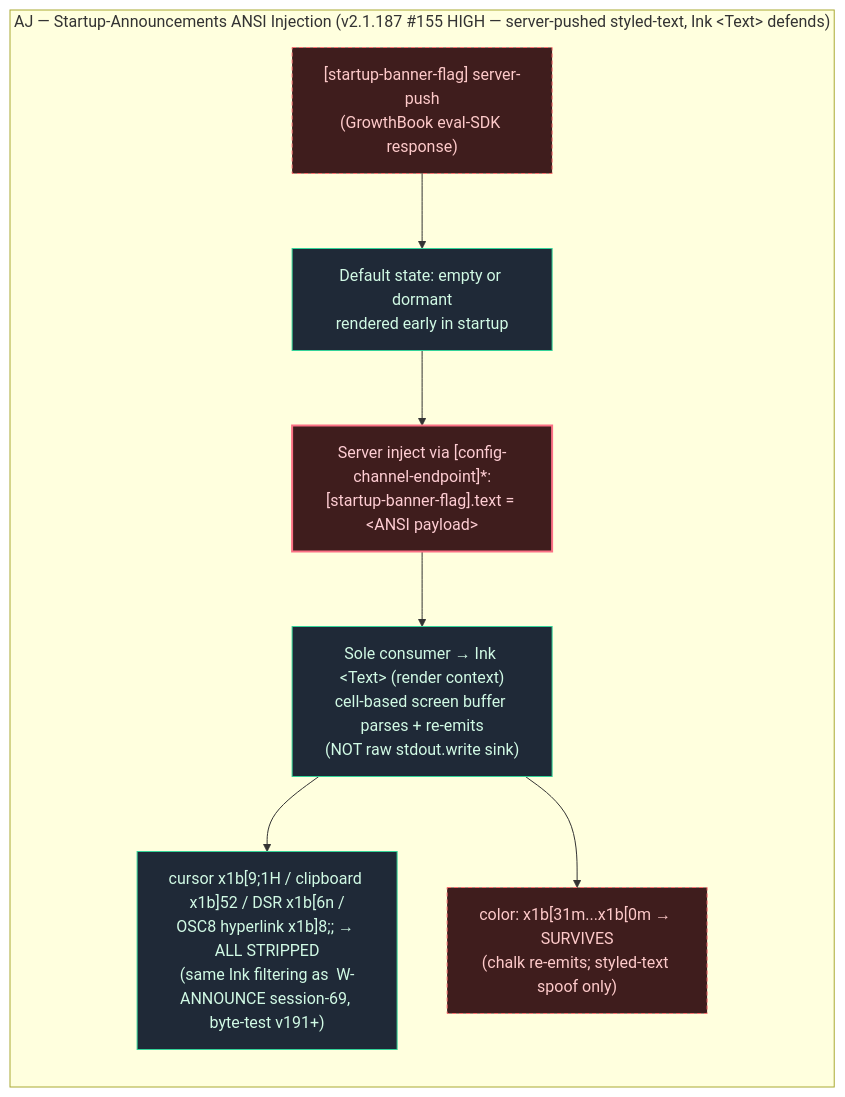
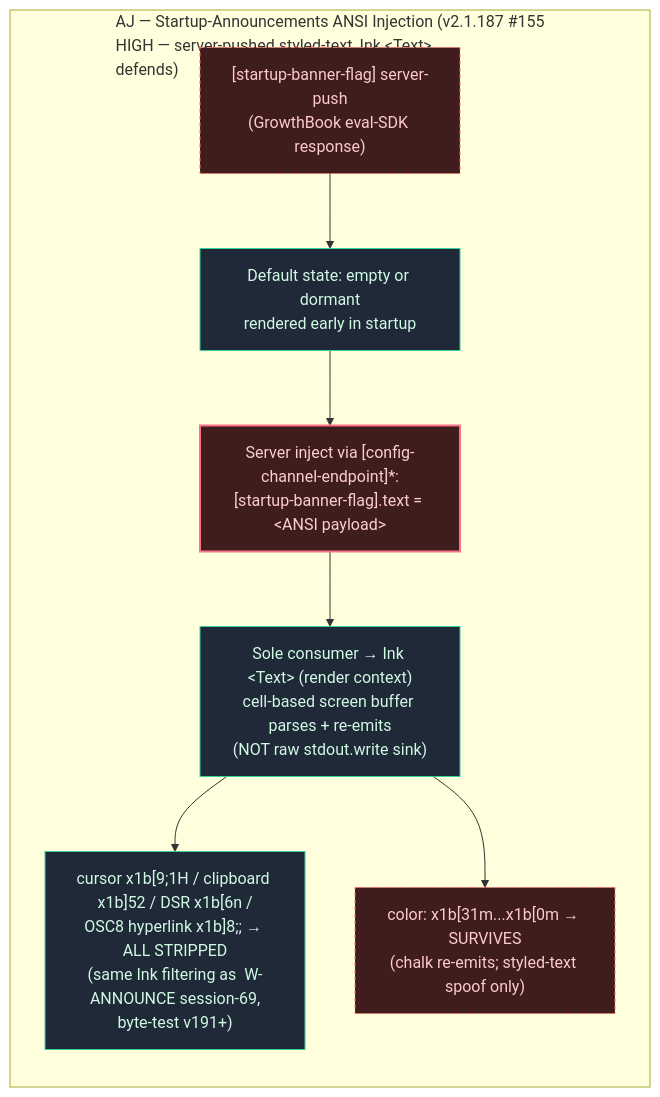
One commit to pjt222/claude-buddy-investigation changed the diagram in docs/flow/STARTUPANNOUNCE.mmd. Above: the diagram before and after it, drawn with Mermaid. The commit also changed 73 other files, not shown here.

First line of the commit message:
flow: make the cluster diagrams readable at page width

```diff
--- a/docs/flow/STARTUPANNOUNCE.mmd
+++ b/docs/flow/STARTUPANNOUNCE.mmd
@@ -1,24 +1,24 @@
 flowchart LR
     %% STARTUPANNOUNCE — AJ — Startup-Announcements ANSI Injection (v2.1.187 #155 HIGH — server-pushed styled-text, Ink &lt;Text&gt; defends)
-    subgraph STARTUPANNOUNCE["AJ — Startup-Announcements ANSI Injection (v2.1.187 #155 HIGH — server-pushed styled-text, Ink &lt;Text&gt; defends)"]
+    subgraph STARTUPANNOUNCE["AJ — Startup-Announcements ANSI Injection (v2.1.187 #155<br/>HIGH — server-pushed styled-text, Ink &lt;Text&gt;<br/>defends)"]
         direction TB
         sa_gate["[startup-banner-flag] server-push<br/>(GrowthBook eval-SDK response)"]:::gap
         sa_default["Default state: empty or dormant<br/>rendered early in startup"]:::baseline
         sa_inject["Server inject via [config-channel-endpoint]*:<br/>[startup-banner-flag].text = &lt;ANSI payload&gt;"]:::risk
         sa_render["Sole consumer → Ink &lt;Text&gt; (render context)<br/>cell-based screen buffer parses + re-emits<br/>(NOT raw stdout.write sink)"]:::baseline
-        sa_stripped["cursor x1b[9;1H / clipboard x1b]52 / DSR x1b[6n /<br/>OSC8 hyperlink x1b]8;; → ALL STRIPPED<br/>(same Ink filtering as #127; W-ANNOUNCE session-69, byte-test v191+)"]:::baseline
+        sa_stripped["cursor x1b[9;1H / clipboard x1b]52 / DSR x1b[6n /<br/>OSC8 hyperlink x1b]8;; → ALL STRIPPED<br/>(same Ink filtering as #127; W-ANNOUNCE session-69,<br/>byte-test v191+)"]:::baseline
         sa_color["color: x1b[31m...x1b[0m → SURVIVES<br/>(chalk re-emits; styled-text spoof only)"]:::gap
     end
 
     sa_gate --> sa_default
     sa_default --> sa_inject
     sa_inject --> sa_render
     sa_render --> sa_stripped
     sa_render --> sa_color
 
     classDef core fill:#1f2937,stroke:#60a5fa,color:#f8fafc,stroke-width:1px
     classDef gap fill:#3f1d1d,stroke:#f87171,color:#fecaca,stroke-dasharray: 4 3,stroke-width:1px
     classDef removed fill:#1a1a1a,stroke:#6b7280,color:#9ca3af,stroke-dasharray: 2,stroke-width:1px
     classDef ours fill:#1e293b,stroke:#a78bfa,color:#e9d5ff,stroke-width:1px
     classDef baseline fill:#1f2937,stroke:#34d399,color:#d1fae5,stroke-width:1px
     classDef risk fill:#3f1d1d,stroke:#fb7185,color:#fecdd3,stroke-width:2px
```
